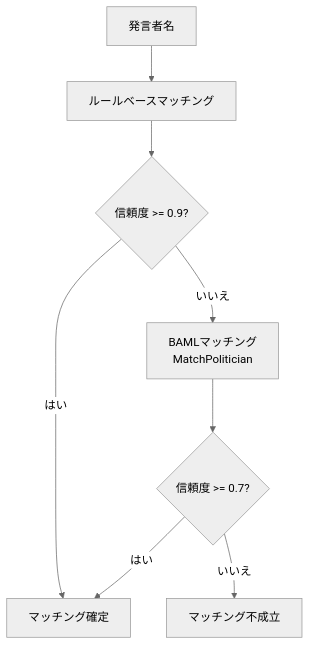
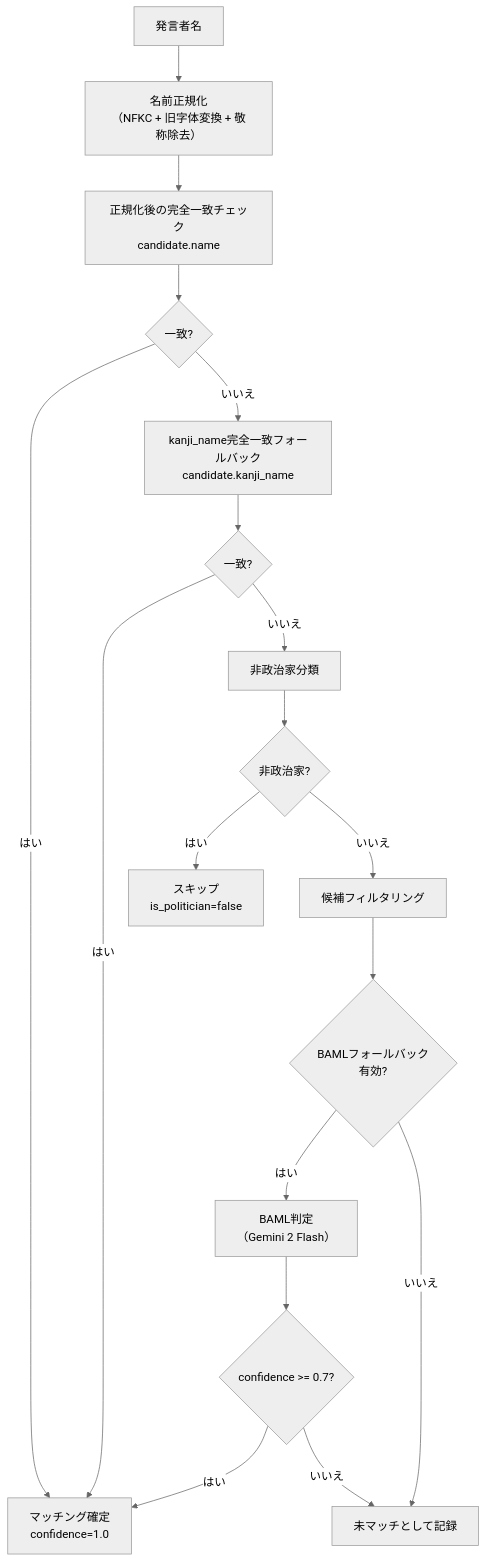
The diagram in docs/development/llm-processing/politician-matching.md (sage-base/corporation-docs), drawn with Mermaid (neutral theme) before and after one commit. The commit also changed other lines of this file and 1 other file, not shown here.

````diff
--- a/docs/development/llm-processing/politician-matching.md
+++ b/docs/development/llm-processing/politician-matching.md
@@ -18,10 +24,20 @@
 ```mermaid
 graph TD
-    A[発言者名] --> B[ルールベースマッチング]
-    B --> C{信頼度 >= 0.9?}
-    C -->|はい| D[マッチング確定]
-    C -->|いいえ| E[BAMLマッチング<br/>MatchPolitician]
-    E --> F{信頼度 >= 0.7?}
-    F -->|はい| D
-    F -->|いいえ| G[マッチング不成立]
+    A[発言者名] --> B["名前正規化<br/>（NFKC + 旧字体変換 + 敬称除去）"]
+    B --> C[正規化後の完全一致チェック<br/>candidate.name]
+    C --> D{一致?}
+    D -->|はい| E["マッチング確定<br/>confidence=1.0"]
+    D -->|いいえ| F["kanji_name完全一致フォールバック<br/>candidate.kanji_name"]
+    F --> G{一致?}
+    G -->|はい| E
+    G -->|いいえ| H[非政治家分類]
+    H --> I{非政治家?}
+    I -->|はい| J["スキップ<br/>is_politician=false"]
+    I -->|いいえ| K[候補フィルタリング]
+    K --> L{BAMLフォールバック<br/>有効?}
+    L -->|はい| M["BAML判定<br/>（Gemini 2 Flash）"]
+    L -->|いいえ| N[未マッチとして記録]
+    M --> O{confidence >= 0.7?}
+    O -->|はい| E
+    O -->|いいえ| N
 ```
````
